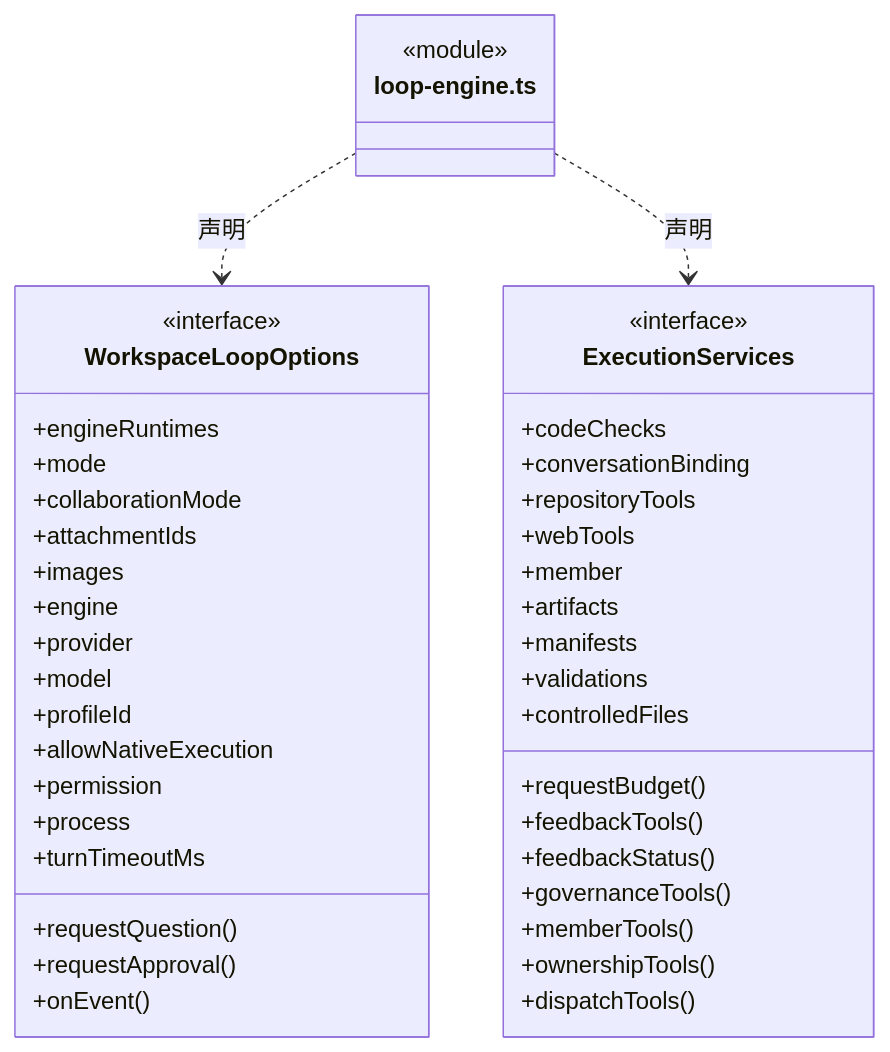
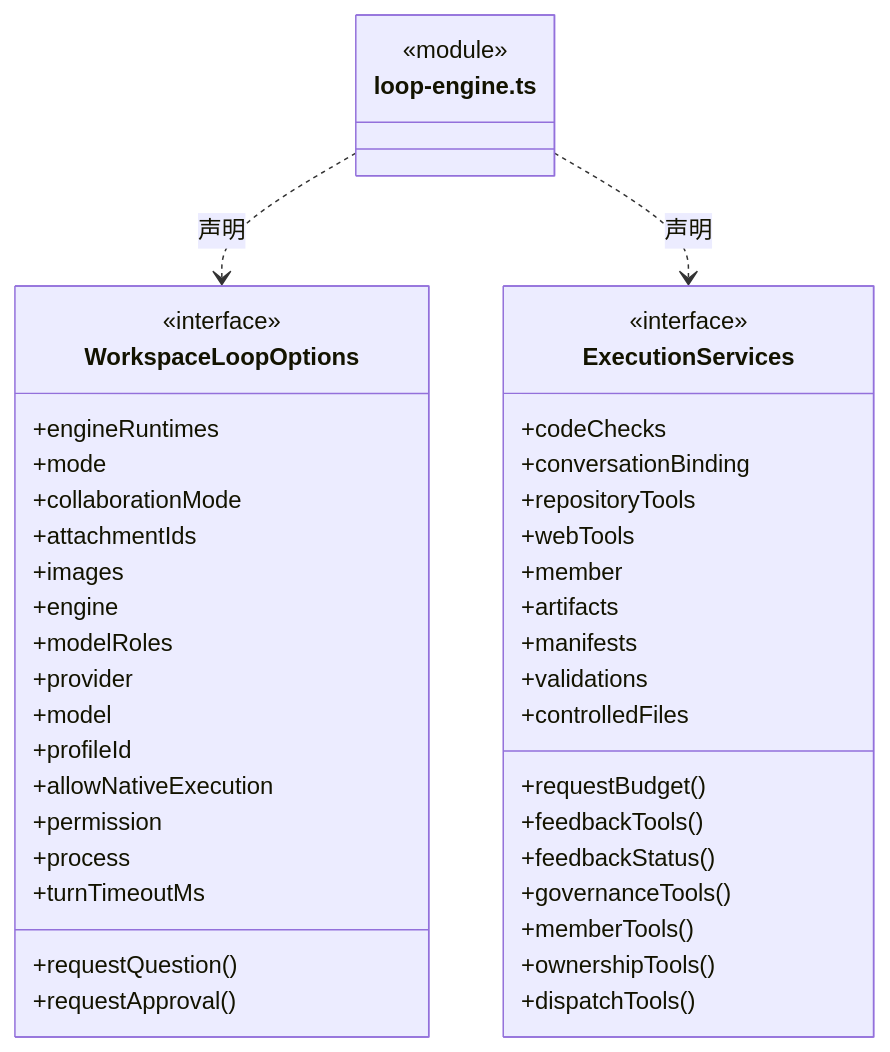
One commit to nan023062/cbim changed the second of 3 diagrams in src/logic/execution/assembly/ARCHITECTURE.md. Above: the diagram before and after it, drawn with Mermaid. The commit also changed other lines of this file and 62 other files, not shown here.

Commit message:
feat(engines): freeze versioned model roles across agent execution

````diff
--- a/src/logic/execution/assembly/ARCHITECTURE.md
+++ b/src/logic/execution/assembly/ARCHITECTURE.md
@@ -29,46 +29,46 @@
 ```mermaid
 classDiagram
 class N_src_logic_execution_assembly_loop_engine_ts["loop-engine.ts"] {
   <<module>>
 }
 class N_src_logic_execution_assembly_loop_engine_ts_WorkspaceLoopOptions["WorkspaceLoopOptions"] {
   <<interface>>
   +engineRuntimes
   +mode
   +collaborationMode
   +attachmentIds
   +images
   +engine
+  +modelRoles
   +provider
   +model
   +profileId
   +allowNativeExecution
   +permission
   +requestQuestion()
   +requestApproval()
   +process
   +turnTimeoutMs
-  +onEvent()
 }
 N_src_logic_execution_assembly_loop_engine_ts ..> N_src_logic_execution_assembly_loop_engine_ts_WorkspaceLoopOptions : 声明
 class N_src_logic_execution_assembly_loop_engine_ts_ExecutionServices["ExecutionServices"] {
   <<interface>>
   +codeChecks
   +requestBudget()
   +conversationBinding
   +repositoryTools
   +webTools
   +feedbackTools()
   +feedbackStatus()
   +governanceTools()
   +memberTools()
   +ownershipTools()
   +dispatchTools()
   +member
   +artifacts
   +manifests
   +validations
   +controlledFiles
 }
 N_src_logic_execution_assembly_loop_engine_ts ..> N_src_logic_execution_assembly_loop_engine_ts_ExecutionServices : 声明
 ```
````
